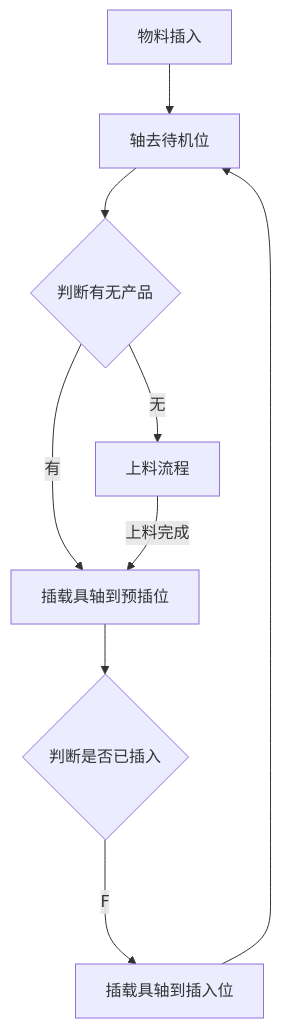
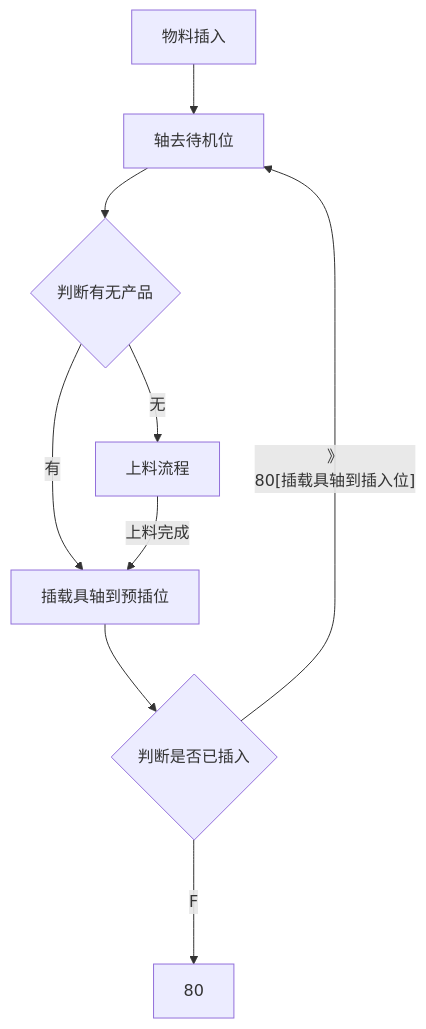
One commit to zmq000/iodraw-files changed the diagram in all/VR-OP90物料插入.md. Above: the diagram before and after it, drawn with Mermaid.

Commit message:
2026-06-18 16:05:59 update

````diff
--- a/all/VR-OP90物料插入.md
+++ b/all/VR-OP90物料插入.md
@@ -1,12 +1,12 @@
 ```mermaid
 graph TD
 0[物料插入]-->10
 10[轴去待机位]-->20
 20{判断有无产品}-->|无|30
 20--->|有|60
 30[上料流程]-->|上料完成|60
 60[插载具轴到预插位]-->70
 70{判断是否已插入}--->|F|80
-70
+70--》
 80[插载具轴到插入位]-->10
 ```
````
